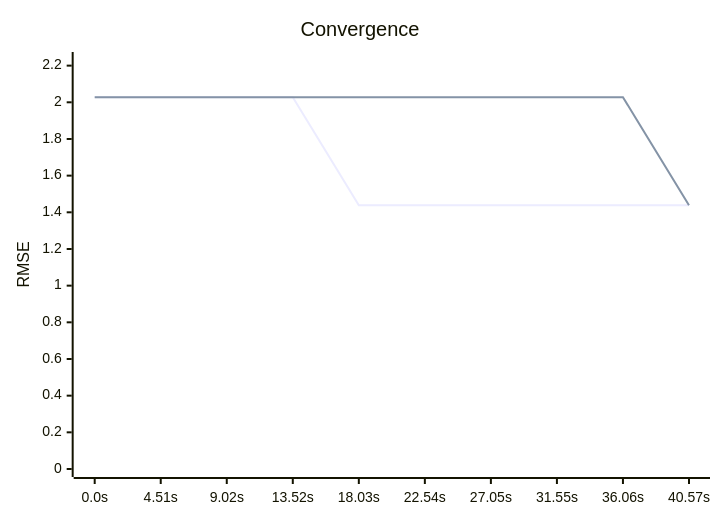
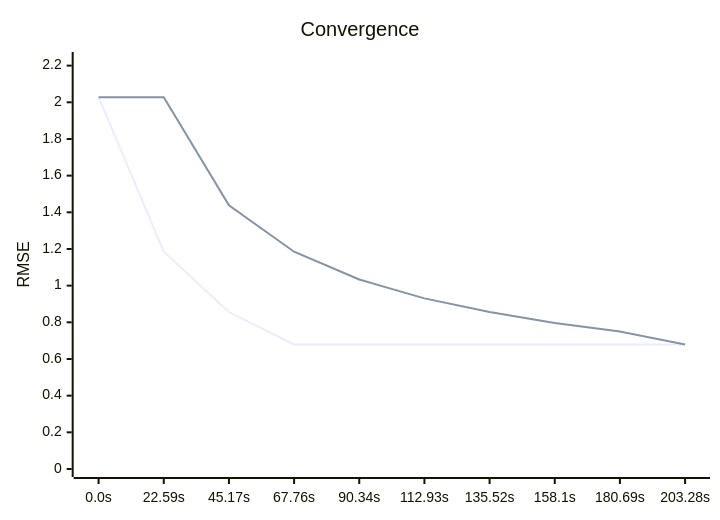
Before and after one commit to timo-eberl/tracy: the second of 2 diagrams in README.md, drawn with Mermaid. The commit also changed other lines of this file and 6 other files, not shown here.

````diff
--- a/README.md
+++ b/README.md
@@ -22,8 +22,8 @@
 ```mermaid
 xychart-beta
     title "Convergence"
-    x-axis ["0.0s", "4.51s", "9.02s", "13.52s", "18.03s", "22.54s", "27.05s", "31.55s", "36.06s", "40.57s"]
+    x-axis ["0.0s", "22.59s", "45.17s", "67.76s", "90.34s", "112.93s", "135.52s", "158.1s", "180.69s", "203.28s"]
     y-axis "RMSE" 0 --> 2.2307
-    line [2.0279, 2.0279, 2.0279, 2.0279, 1.4381, 1.4381, 1.4381, 1.4381, 1.4381, 1.4381]
-    line [2.0279, 2.0279, 2.0279, 2.0279, 2.0279, 2.0279, 2.0279, 2.0279, 2.0279, 1.4381]
+    line [2.0279, 1.185, 0.8561, 0.6796, 0.6796, 0.6796, 0.6796, 0.6796, 0.6796, 0.6796]
+    line [2.0279, 2.0279, 1.4381, 1.185, 1.0336, 0.9306, 0.8561, 0.7964, 0.7495, 0.6796]
 ```
````
